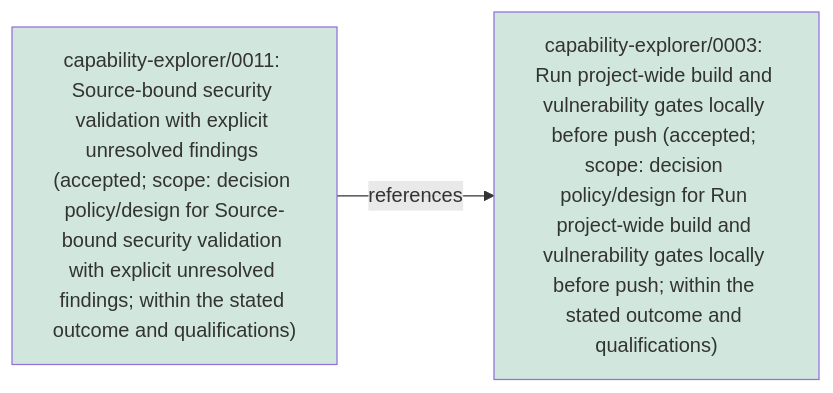
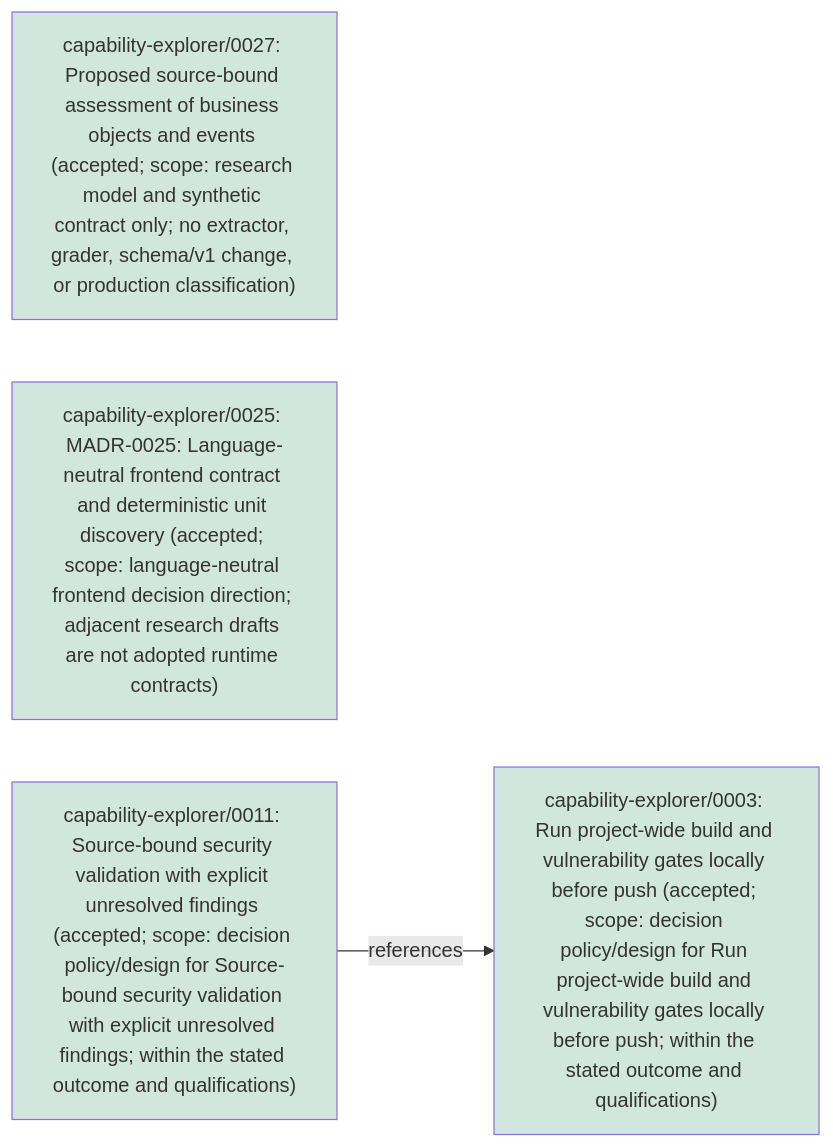
One commit to Sonberg/capability-explorer changed the diagram in docs/research/decision-ledger-preview/graph.mmd. Above: the diagram before and after it, drawn with Mermaid. The commit also changed 6 other files, not shown here.

```diff
--- a/docs/research/decision-ledger-preview/graph.mmd
+++ b/docs/research/decision-ledger-preview/graph.mmd
@@ -1,6 +1,10 @@
 flowchart LR
+  n9e35e33da46366531bb3ea9859ecf7e8e919e5e6679c664092547fbc93ebb5a2["capability-explorer/0027: Proposed source-bound assessment of business objects and events (accepted; scope: research model and synthetic contract only; no extractor, grader, schema/v1 change, or production classification)"]
+  style n9e35e33da46366531bb3ea9859ecf7e8e919e5e6679c664092547fbc93ebb5a2 fill:#d1e7dd
+  nd4c9a5be847050ae467448126bf7a0cbc23979504a7560201fc8bba4ad27a639["capability-explorer/0025: MADR-0025: Language-neutral frontend contract and deterministic unit discovery (accepted; scope: language-neutral frontend decision direction; adjacent research drafts are not adopted runtime contracts)"]
+  style nd4c9a5be847050ae467448126bf7a0cbc23979504a7560201fc8bba4ad27a639 fill:#d1e7dd
   n4918a80aad2f7326a9c5e8e8f4f4cfcb1fa981cdb349793e904b93713978bf56["capability-explorer/0003: Run project-wide build and vulnerability gates locally before push (accepted; scope: decision policy/design for Run project-wide build and vulnerability gates locally before push; within the stated outcome and qualifications)"]
   style n4918a80aad2f7326a9c5e8e8f4f4cfcb1fa981cdb349793e904b93713978bf56 fill:#d1e7dd
   n77dd018bcfc6bdc48282516bce7ab5667c8783e32102acdc5d9eb453c0386569["capability-explorer/0011: Source-bound security validation with explicit unresolved findings (accepted; scope: decision policy/design for Source-bound security validation with explicit unresolved findings; within the stated outcome and qualifications)"]
   style n77dd018bcfc6bdc48282516bce7ab5667c8783e32102acdc5d9eb453c0386569 fill:#d1e7dd
   n77dd018bcfc6bdc48282516bce7ab5667c8783e32102acdc5d9eb453c0386569 -->|"references"| n4918a80aad2f7326a9c5e8e8f4f4cfcb1fa981cdb349793e904b93713978bf56
```
